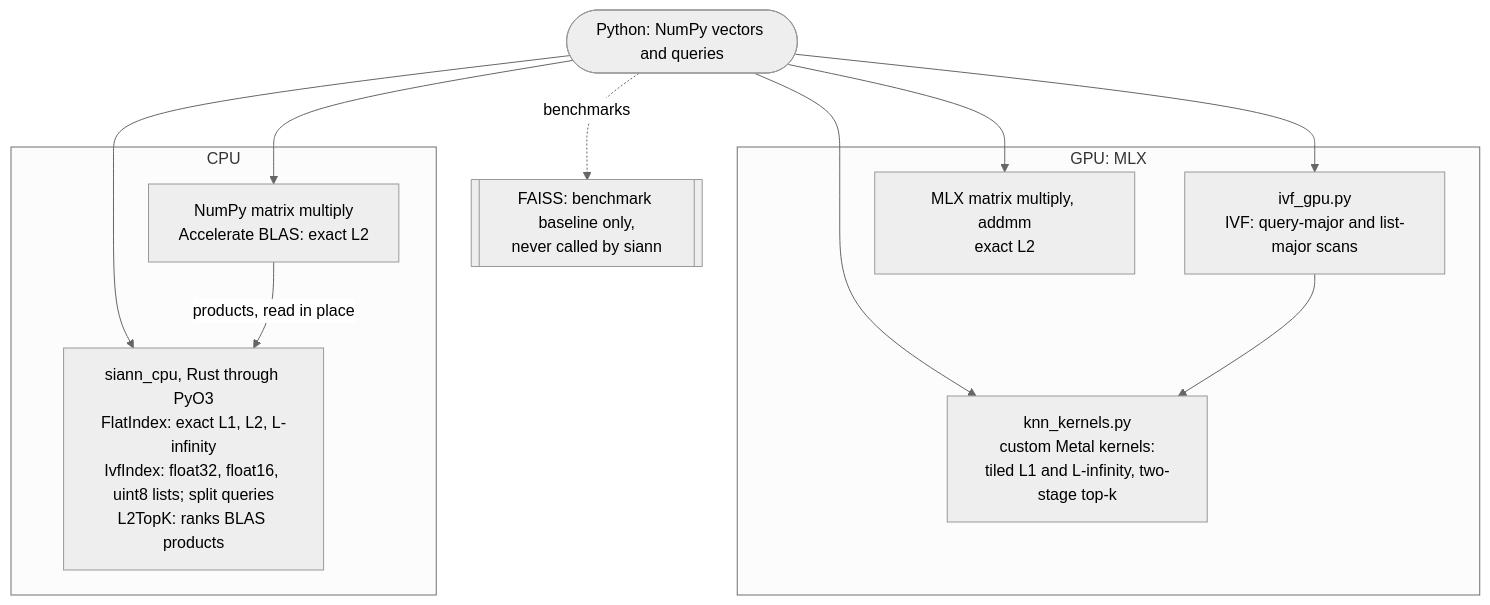
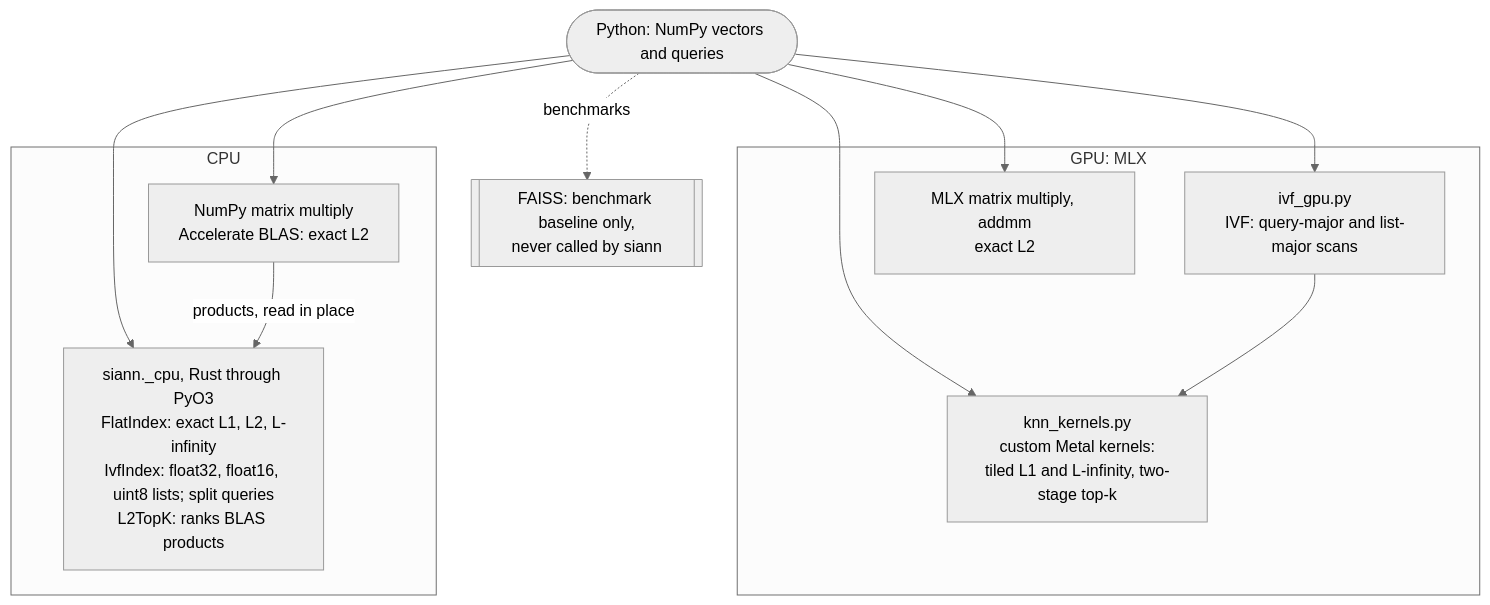
Before and after one commit to vglazer/siann: the first of 4 diagrams in ARCHITECTURE.md, drawn with Mermaid (neutral theme). The commit also changed other lines of this file and 127 other files, not shown here.

````diff
--- a/ARCHITECTURE.md
+++ b/ARCHITECTURE.md
@@ -15,26 +15,26 @@
 ```mermaid
 flowchart TB
     user(["Python: NumPy vectors and queries"])
 
     subgraph gpu["GPU: MLX"]
         kern["knn_kernels.py<br/>custom Metal kernels:<br/>tiled L1 and L-infinity, two-stage top-k"]
         ivfg["ivf_gpu.py<br/>IVF: query-major and list-major scans"]
         mm["MLX matrix multiply, addmm<br/>exact L2"]
     end
 
     subgraph cpu["CPU"]
-        rust["siann_cpu, Rust through PyO3<br/>FlatIndex: exact L1, L2, L-infinity<br/>IvfIndex: float32, float16, uint8 lists; split queries<br/>L2TopK: ranks BLAS products"]
+        rust["siann._cpu, Rust through PyO3<br/>FlatIndex: exact L1, L2, L-infinity<br/>IvfIndex: float32, float16, uint8 lists; split queries<br/>L2TopK: ranks BLAS products"]
         blas["NumPy matrix multiply<br/>Accelerate BLAS: exact L2"]
     end
 
     faiss[["FAISS: benchmark baseline only,<br/>never called by siann"]]
 
     user --> kern
     user --> ivfg
     user --> mm
     user --> rust
     user --> blas
     blas -- "products, read in place" --> rust
     ivfg --> kern
     user -. "benchmarks" .-> faiss
 ```
````
